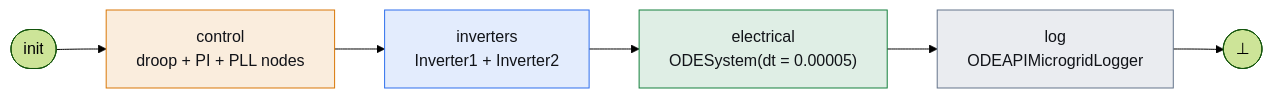
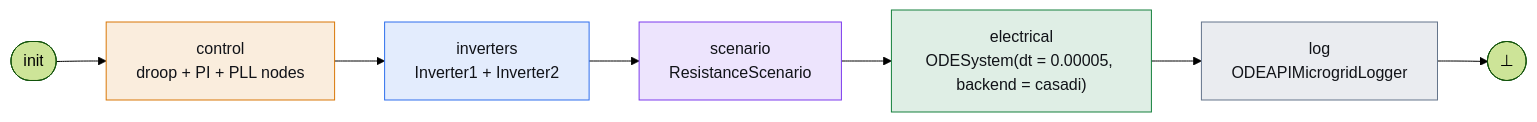
The first of 2 diagrams in docs/examples/two_inverter_static_droop.md (aidagroup/regelum), drawn with Mermaid (forest theme) before and after one commit. The commit also changed other lines of this file and 9 other files, not shown here.

Commit message:
feat: add vector casadi ode backend

````diff
--- a/docs/examples/two_inverter_static_droop.md
+++ b/docs/examples/two_inverter_static_droop.md
@@ -237,17 +279,20 @@
 ```mermaid
 flowchart LR
     init([init]) --> control["control<br/>droop + PI + PLL nodes"]
     control --> inverters["inverters<br/>Inverter1 + Inverter2"]
-    inverters --> electrical["electrical<br/>ODESystem(dt = 0.00005)"]
+    inverters --> scenario["scenario<br/>ResistanceScenario"]
+    scenario --> electrical["electrical<br/>ODESystem(dt = 0.00005, backend = casadi)"]
     electrical --> log["log<br/>ODEAPIMicrogridLogger"]
     log --> done([⊥])
 
     classDef control fill:#d9770622,stroke:#d97706,color:#111318
     classDef inverters fill:#2f6fed22,stroke:#2f6fed,color:#111318
+    classDef scenario fill:#7c3aed22,stroke:#7c3aed,color:#111318
     classDef electrical fill:#15803d22,stroke:#15803d,color:#111318
     classDef log fill:#64748b22,stroke:#64748b,color:#111318
     class control control
     class inverters inverters
+    class scenario scenario
     class electrical electrical
     class log log
 ```
````
